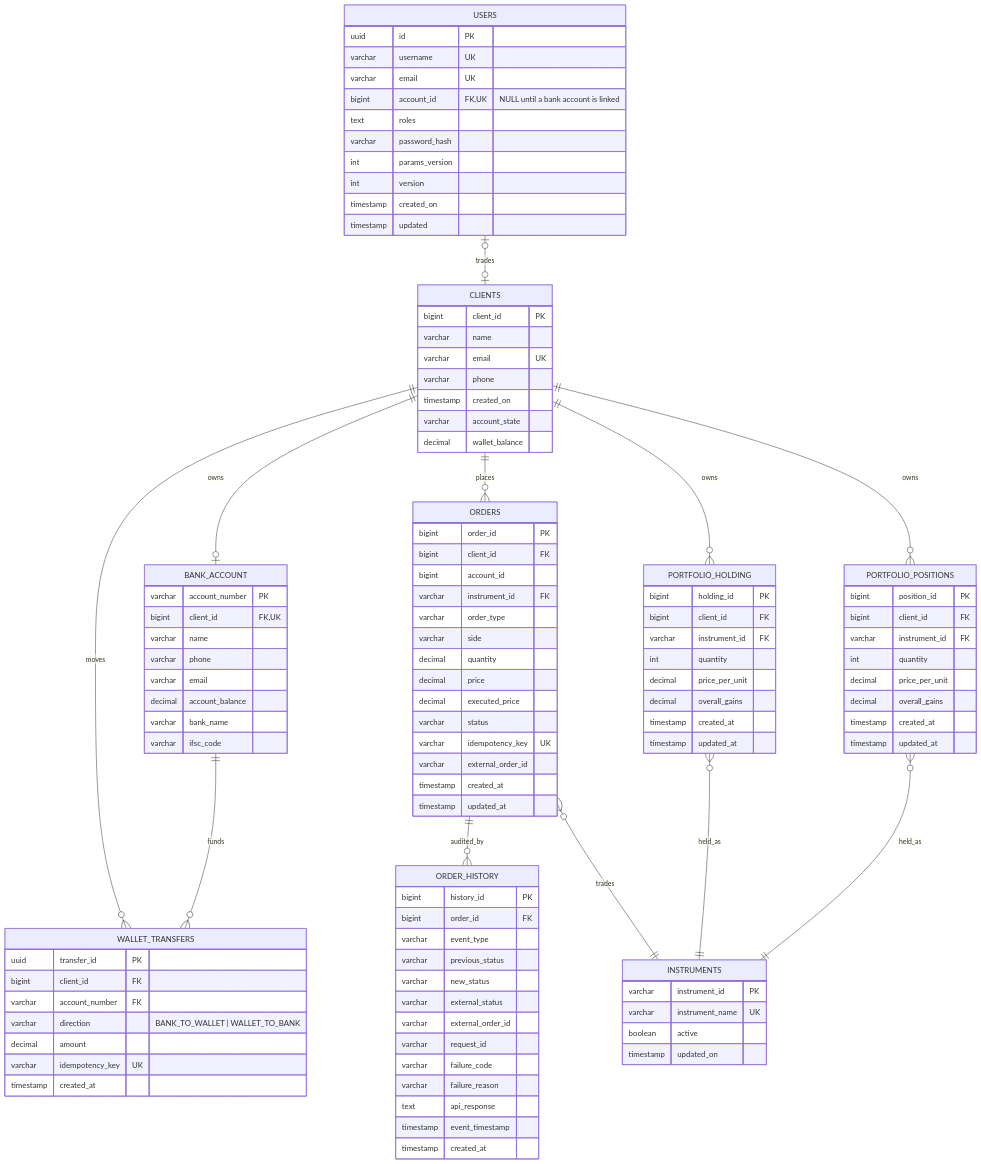
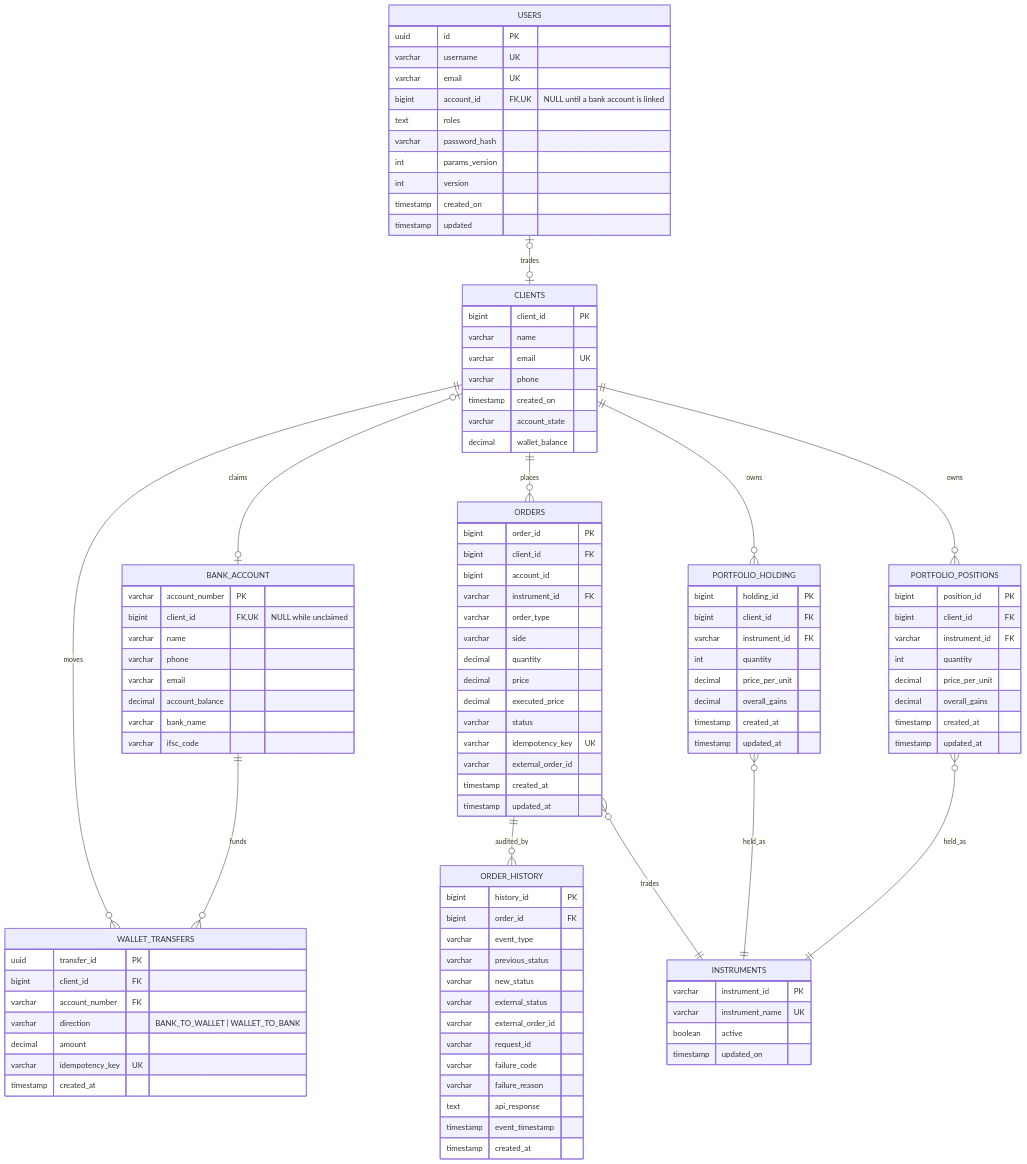
One commit to Neueda-Learning/Chennai-capstone-SE3-Team1 changed the diagram in docs/erd.mmd. Above: the diagram before and after it, drawn with Mermaid. The commit also changed 24 other files, not shown here.

Commit message:
bank account,user,client logic update

```diff
--- a/docs/erd.mmd
+++ b/docs/erd.mmd
@@ -1,110 +1,110 @@
 erDiagram
     BANK_ACCOUNT {
         varchar   account_number  PK
-        bigint    client_id       FK,UK
+        bigint    client_id       FK,UK "NULL while unclaimed"
         varchar   name
         varchar   phone
         varchar   email
         decimal   account_balance
         varchar   bank_name
         varchar   ifsc_code
     }
     CLIENTS {
         bigint    client_id       PK
         varchar   name
         varchar   email           UK
         varchar   phone
         timestamp created_on
         varchar   account_state
         decimal   wallet_balance
     }
     WALLET_TRANSFERS {
         uuid      transfer_id     PK
         bigint    client_id       FK
         varchar   account_number  FK
         varchar   direction       "BANK_TO_WALLET | WALLET_TO_BANK"
         decimal   amount
         varchar   idempotency_key UK
         timestamp created_at
     }
     USERS {
         uuid      id              PK
         varchar   username        UK
         varchar   email           UK
         bigint    account_id      FK,UK "NULL until a bank account is linked"
         text      roles
         varchar   password_hash
         int       params_version
         int       version
         timestamp created_on
         timestamp updated
     }
     INSTRUMENTS {
         varchar   instrument_id   PK
         varchar   instrument_name UK
         boolean   active
         timestamp updated_on
     }
     ORDERS {
         bigint    order_id          PK
         bigint    client_id         FK
         bigint    account_id
         varchar   instrument_id     FK
         varchar   order_type
         varchar   side
         decimal   quantity
         decimal   price
         decimal   executed_price
         varchar   status
         varchar   idempotency_key   UK
         varchar   external_order_id
         timestamp created_at
         timestamp updated_at
     }
     ORDER_HISTORY {
         bigint    history_id        PK
         bigint    order_id          FK
         varchar   event_type
         varchar   previous_status
         varchar   new_status
         varchar   external_status
         varchar   external_order_id
         varchar   request_id
         varchar   failure_code
         varchar   failure_reason
         text      api_response
         timestamp event_timestamp
         timestamp created_at
     }
     PORTFOLIO_HOLDING {
         bigint    holding_id      PK
         bigint    client_id       FK
         varchar   instrument_id   FK
         int       quantity
         decimal   price_per_unit
         decimal   overall_gains
         timestamp created_at
         timestamp updated_at
     }
     PORTFOLIO_POSITIONS {
         bigint    position_id     PK
         bigint    client_id       FK
         varchar   instrument_id   FK
         int       quantity
         decimal   price_per_unit
         decimal   overall_gains
         timestamp created_at
         timestamp updated_at
     }
 
-    CLIENTS              ||--o| BANK_ACCOUNT        : owns
+    CLIENTS              |o--o| BANK_ACCOUNT        : claims
     USERS                |o--o| CLIENTS             : trades
     CLIENTS              ||--o{ WALLET_TRANSFERS    : moves
     BANK_ACCOUNT         ||--o{ WALLET_TRANSFERS    : funds
     CLIENTS              ||--o{ ORDERS              : places
     ORDERS               ||--o{ ORDER_HISTORY       : audited_by
     ORDERS               }o--|| INSTRUMENTS         : trades
     CLIENTS              ||--o{ PORTFOLIO_HOLDING   : owns
     CLIENTS              ||--o{ PORTFOLIO_POSITIONS : owns
     PORTFOLIO_HOLDING    }o--|| INSTRUMENTS         : held_as
     PORTFOLIO_POSITIONS  }o--|| INSTRUMENTS         : held_as
```
